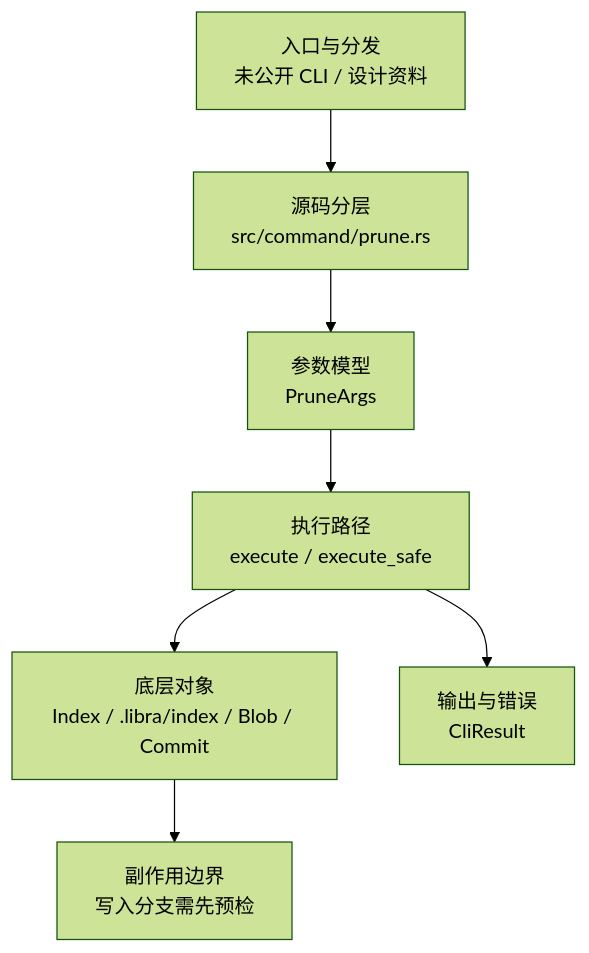
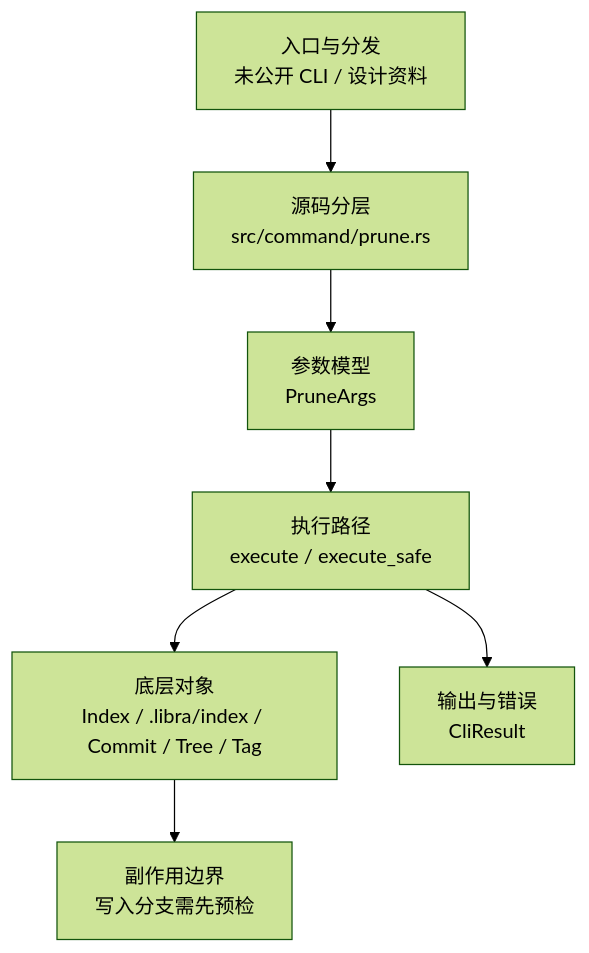
Before and after one commit to web3infra-foundation/libra: the diagram in docs/development/commands/prune.md, drawn with Mermaid (forest theme). The commit also changed other lines of this file and 65 other files, not shown here.

````diff
--- a/docs/development/commands/prune.md
+++ b/docs/development/commands/prune.md
@@ -22,9 +22,9 @@
 ```mermaid
 flowchart TD
     A["入口与分发<br/>未公开 CLI / 设计资料"] --> B["源码分层<br/>src/command/prune.rs"]
     B --> C["参数模型<br/>PruneArgs"]
     C --> D["执行路径<br/>execute / execute_safe"]
-    D --> E["底层对象<br/>Index / .libra/index / Blob / Commit"]
+    D --> E["底层对象<br/>Index / .libra/index / Commit / Tree / Tag"]
     D --> F["输出与错误<br/>CliResult"]
     E --> G["副作用边界<br/>写入分支需先预检"]
 ```
````
